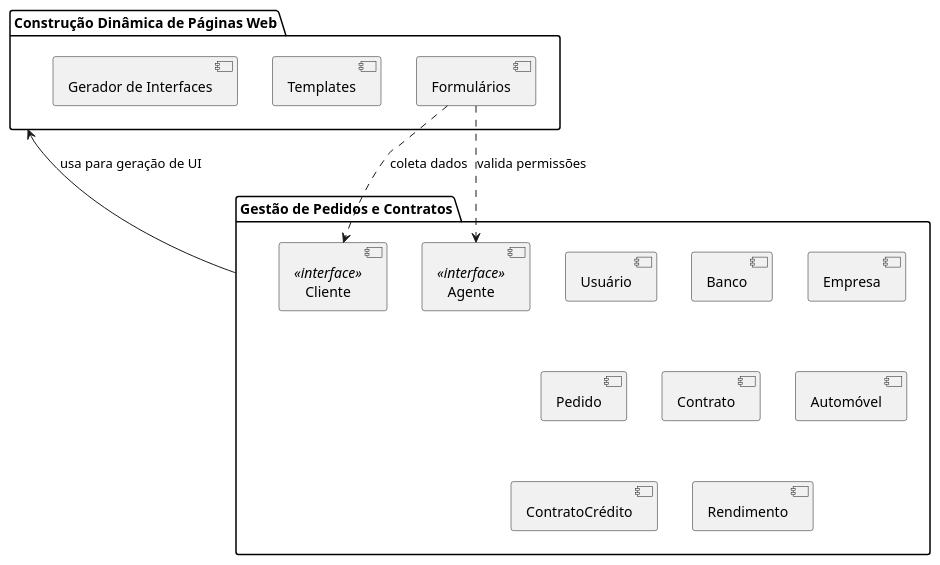
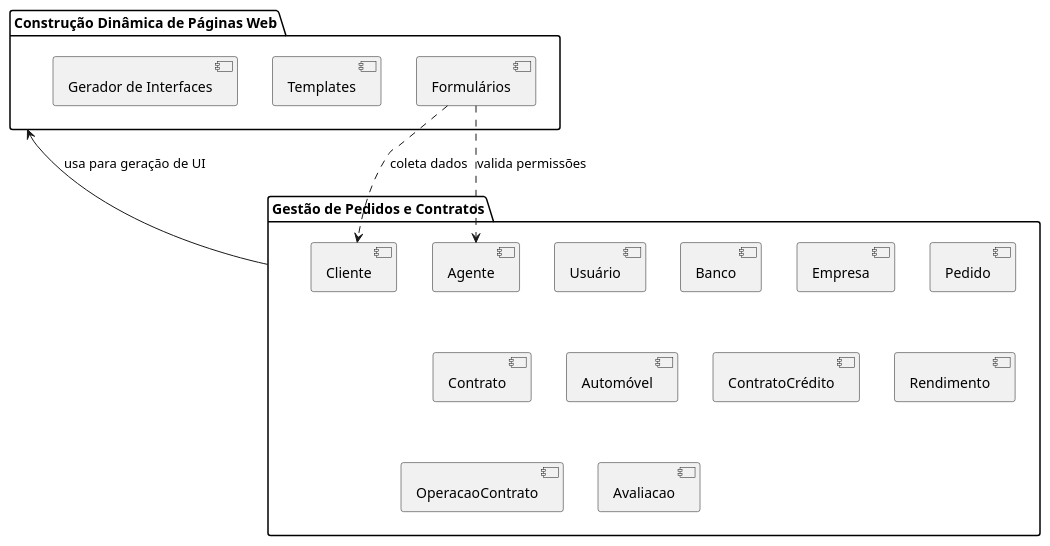
Before and after one commit to barbaragncarvalho/Aluguel-de-Automoveis: the diagram in project/img/Diagrama de Pacotes/README.md, drawn with PlantUML.

Commit message:
correção diagrama de pacotes plantuml

```diff
--- a/project/img/Diagrama de Pacotes/README.md
+++ b/project/img/Diagrama de Pacotes/README.md
@@ -1,25 +1,27 @@
 @startuml
 
 package "Gestão de Pedidos e Contratos" {
   [Usuário]
-  [Cliente] <<interface>>
-  [Agente] <<interface>>
+  [Cliente] 
+  [Agente] 
   [Banco]
   [Empresa]
   [Pedido]
   [Contrato]
   [Automóvel]
   [ContratoCrédito]
   [Rendimento]
+  [OperacaoContrato]
+  [Avaliacao]
 }
 
 package "Construção Dinâmica de Páginas Web" {
   [Formulários]
   [Templates]
   [Gerador de Interfaces]
 }
 
 [Gestão de Pedidos e Contratos] --> [Construção Dinâmica de Páginas Web] : usa para geração de UI
 [Formulários] ..> [Cliente] : coleta dados
 [Formulários] ..> [Agente] : valida permissões
 @enduml
```
